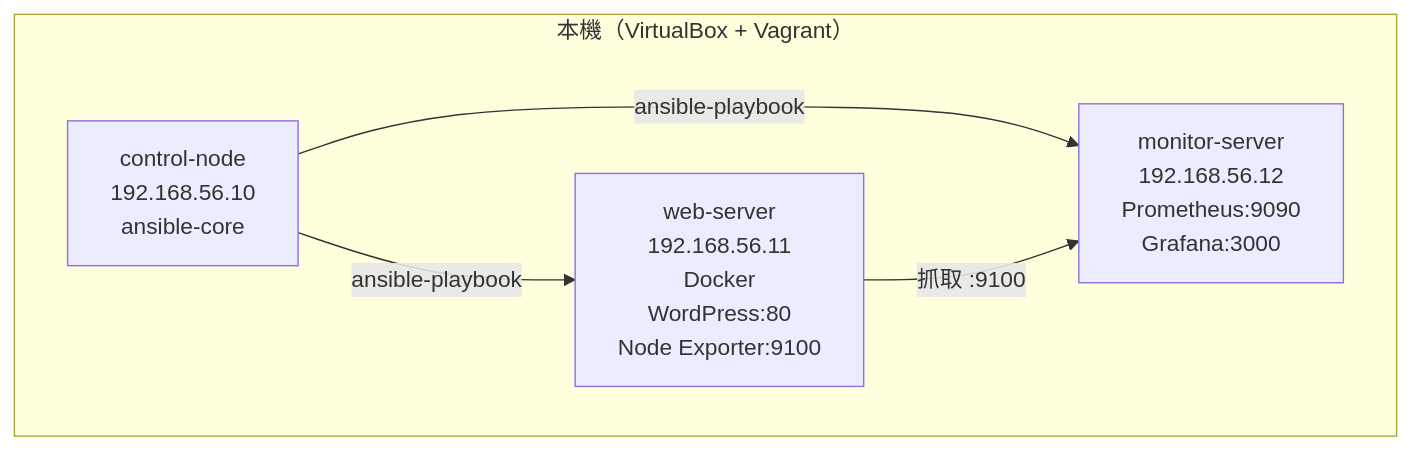
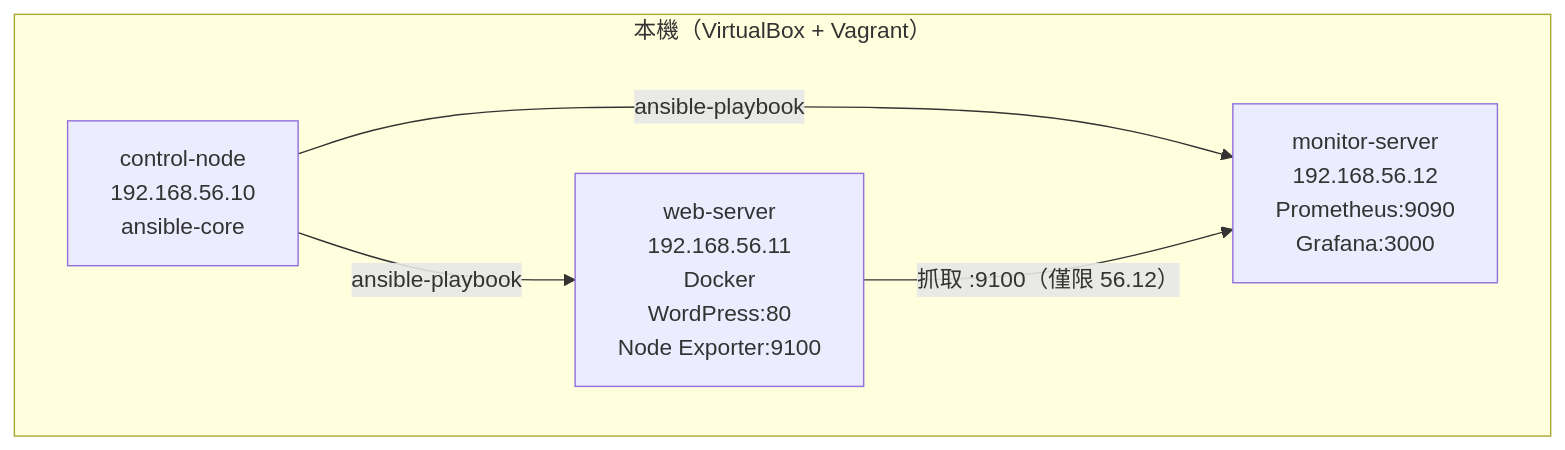
One commit to zenAIteam/vagrant-ansible-three-node changed the diagram in README.md. Above: the diagram before and after it, drawn with Mermaid. The commit also changed other lines of this file, not shown here.

````diff
--- a/README.md
+++ b/README.md
@@ -10,12 +11,12 @@
 ```mermaid
 graph TD
     subgraph HOST["本機（VirtualBox + Vagrant）"]
         CN["control-node<br/>192.168.56.10<br/>ansible-core"]
         WS["web-server<br/>192.168.56.11<br/>Docker<br/>WordPress:80<br/>Node Exporter:9100"]
         MS["monitor-server<br/>192.168.56.12<br/>Prometheus:9090<br/>Grafana:3000"]
     end
 
     CN -- "ansible-playbook" --> WS
     CN -- "ansible-playbook" --> MS
-    WS -- "抓取 :9100" --> MS
+    WS -- "抓取 :9100（僅限 56.12）" --> MS
 ```
````
